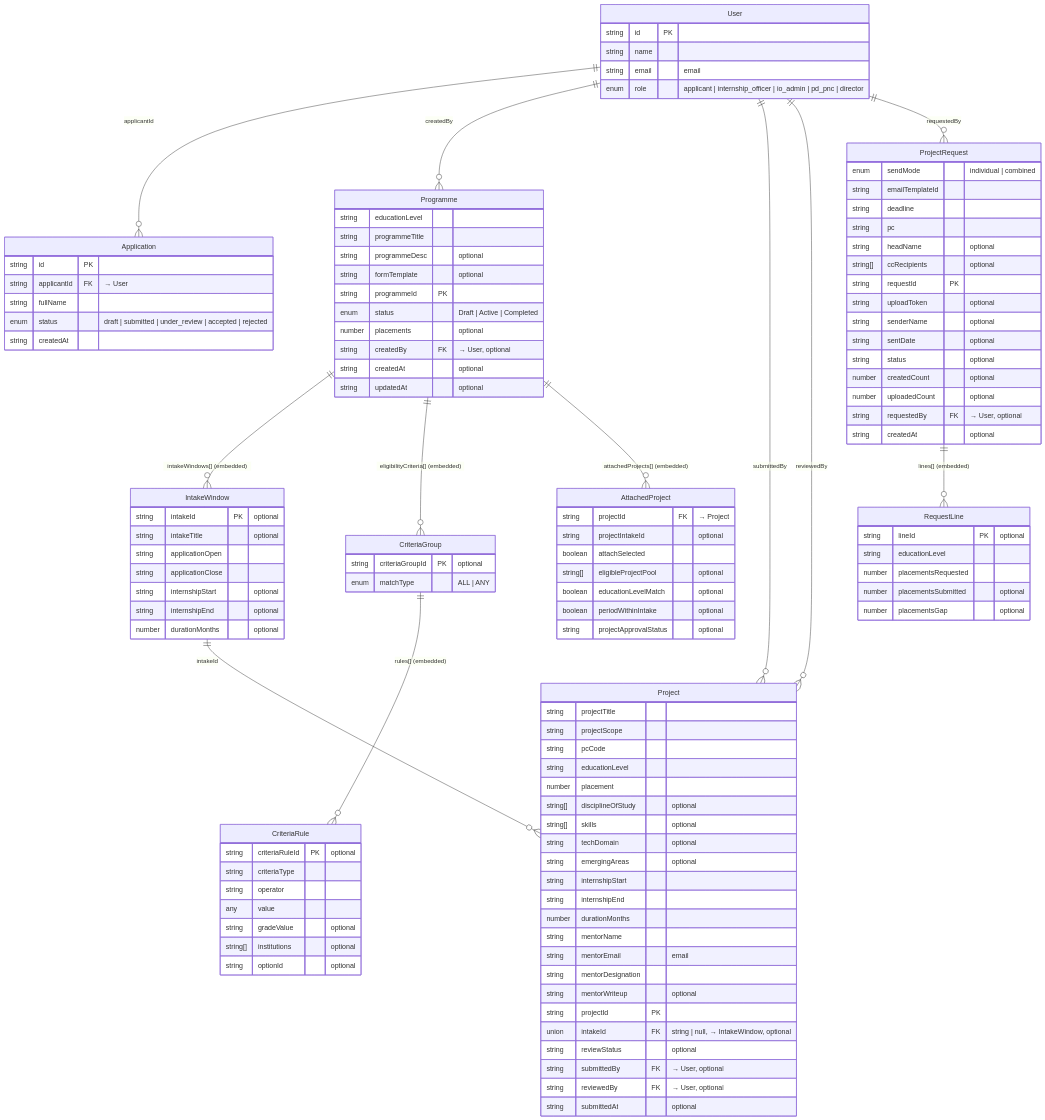
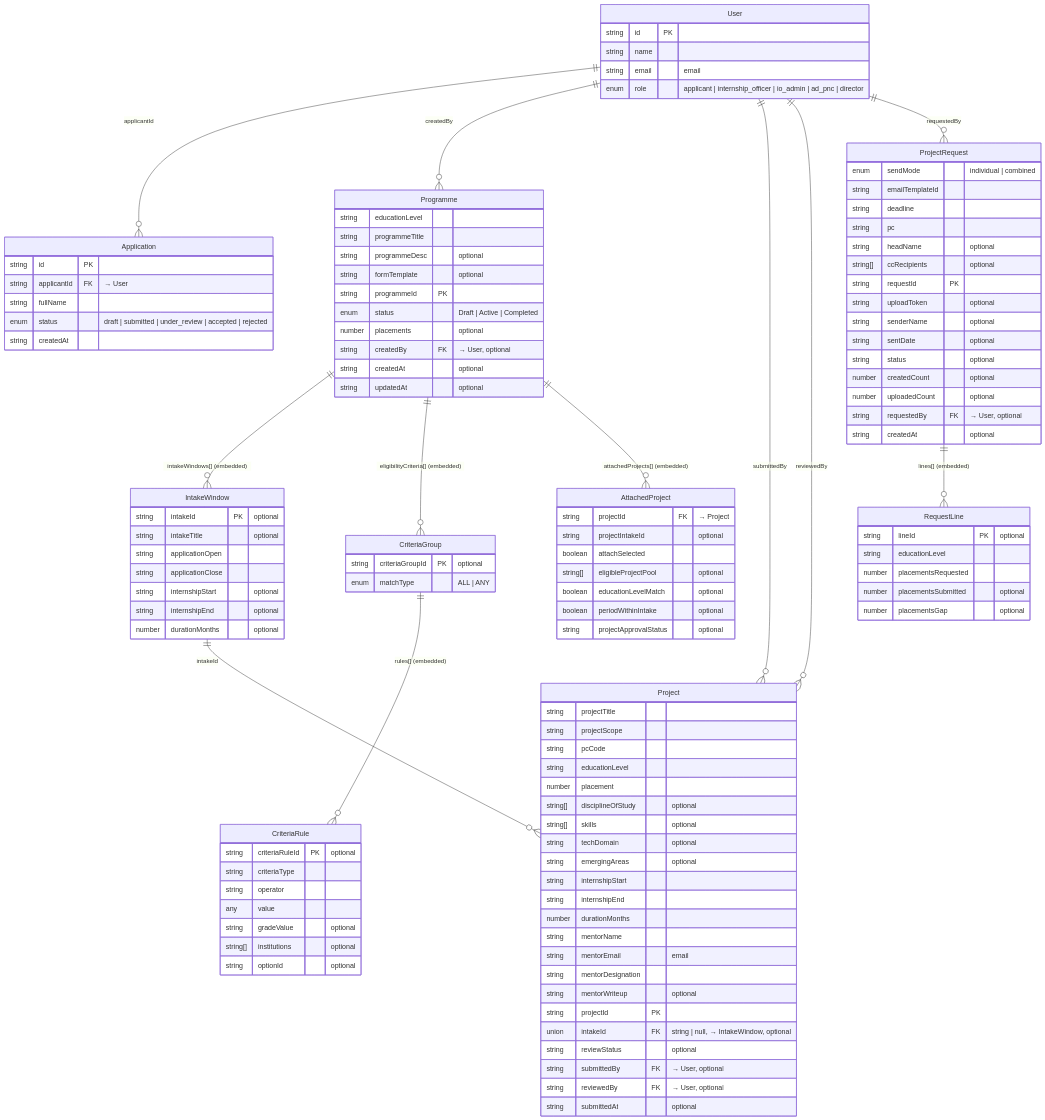
The diagram in docs/data-model.md (ChromeEagle99/toa-internship-prototype), drawn with Mermaid before and after one commit. The commit also changed 16 other files, not shown here.

First line of the commit message:
Rename role pd_pnc to ad_pnc; relabel as "AD (P&C)"; add Mentor role

```diff
--- a/docs/data-model.md
+++ b/docs/data-model.md
@@ -33,7 +33,7 @@
         string id PK
         string name
         string email "email"
-        enum role "applicant | internship_officer | io_admin | pd_pnc | director"
+        enum role "applicant | internship_officer | io_admin | ad_pnc | director"
     }
     Application {
         string id PK
```
